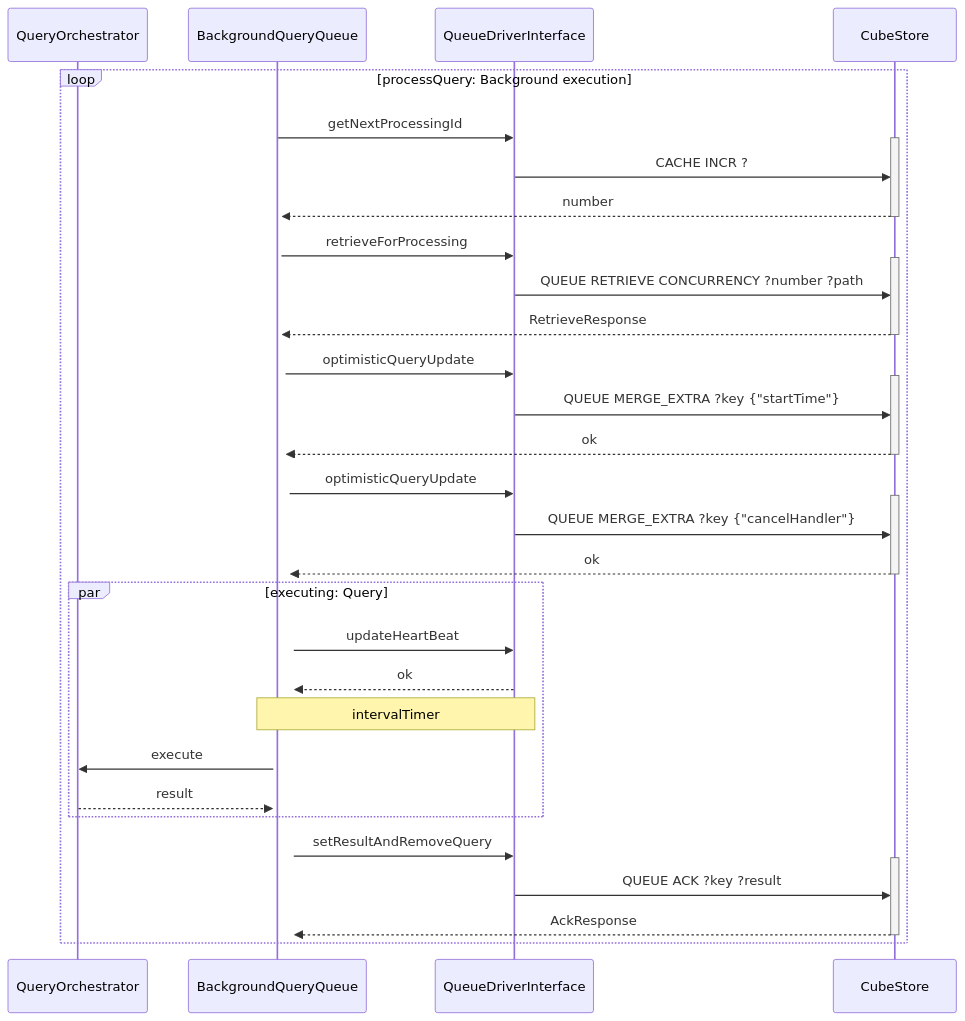
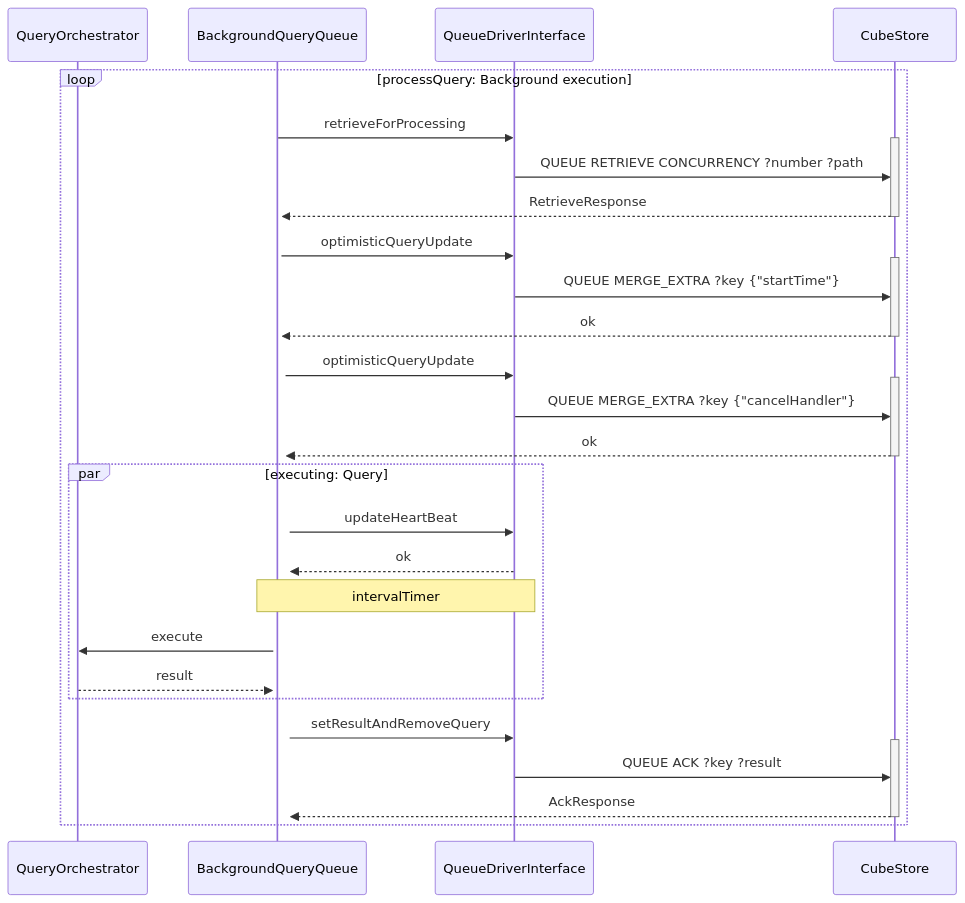
The second of 2 diagrams in packages/cubejs-query-orchestrator/DEVELOPMENT.md (cube-js/cube), drawn with Mermaid before and after one commit.

Commit message:
chore: remove old get processing id

````diff
--- a/packages/cubejs-query-orchestrator/DEVELOPMENT.md
+++ b/packages/cubejs-query-orchestrator/DEVELOPMENT.md
@@ -94,48 +94,42 @@
 ```mermaid
 sequenceDiagram
     participant QueryOrchestrator
     participant BackgroundQueryQueue
     participant QueueDriverInterface
     participant CubeStore
 
     loop processQuery: Background execution
-        BackgroundQueryQueue->>QueueDriverInterface: getNextProcessingId
-        activate CubeStore
-        QueueDriverInterface->>CubeStore: CACHE INCR ?
-        CubeStore-->>+BackgroundQueryQueue: number
-        deactivate CubeStore
-
         BackgroundQueryQueue->>QueueDriverInterface: retrieveForProcessing
         activate CubeStore
         QueueDriverInterface->>CubeStore: QUEUE RETRIEVE CONCURRENCY ?number ?path
         CubeStore-->>+BackgroundQueryQueue: RetrieveResponse
         deactivate CubeStore
 
         BackgroundQueryQueue->>QueueDriverInterface: optimisticQueryUpdate
         activate CubeStore
         QueueDriverInterface->>CubeStore: QUEUE MERGE_EXTRA ?key {"startTime"}
         CubeStore-->>+BackgroundQueryQueue: ok
         deactivate CubeStore
 
         BackgroundQueryQueue->>QueueDriverInterface: optimisticQueryUpdate
         activate CubeStore
         QueueDriverInterface->>CubeStore: QUEUE MERGE_EXTRA ?key {"cancelHandler"}
         CubeStore-->>+BackgroundQueryQueue: ok
         deactivate CubeStore
 
         par executing: Query
             BackgroundQueryQueue->>QueueDriverInterface: updateHeartBeat
             QueueDriverInterface-->>BackgroundQueryQueue: ok
             Note over BackgroundQueryQueue,QueueDriverInterface: intervalTimer
 
             BackgroundQueryQueue->>QueryOrchestrator: execute
             QueryOrchestrator-->>BackgroundQueryQueue: result
         end
 
         BackgroundQueryQueue->>QueueDriverInterface: setResultAndRemoveQuery
         activate CubeStore
         QueueDriverInterface->>CubeStore: QUEUE ACK ?key ?result
         CubeStore-->>+BackgroundQueryQueue: AckResponse
         deactivate CubeStore
     end
 ```
````
